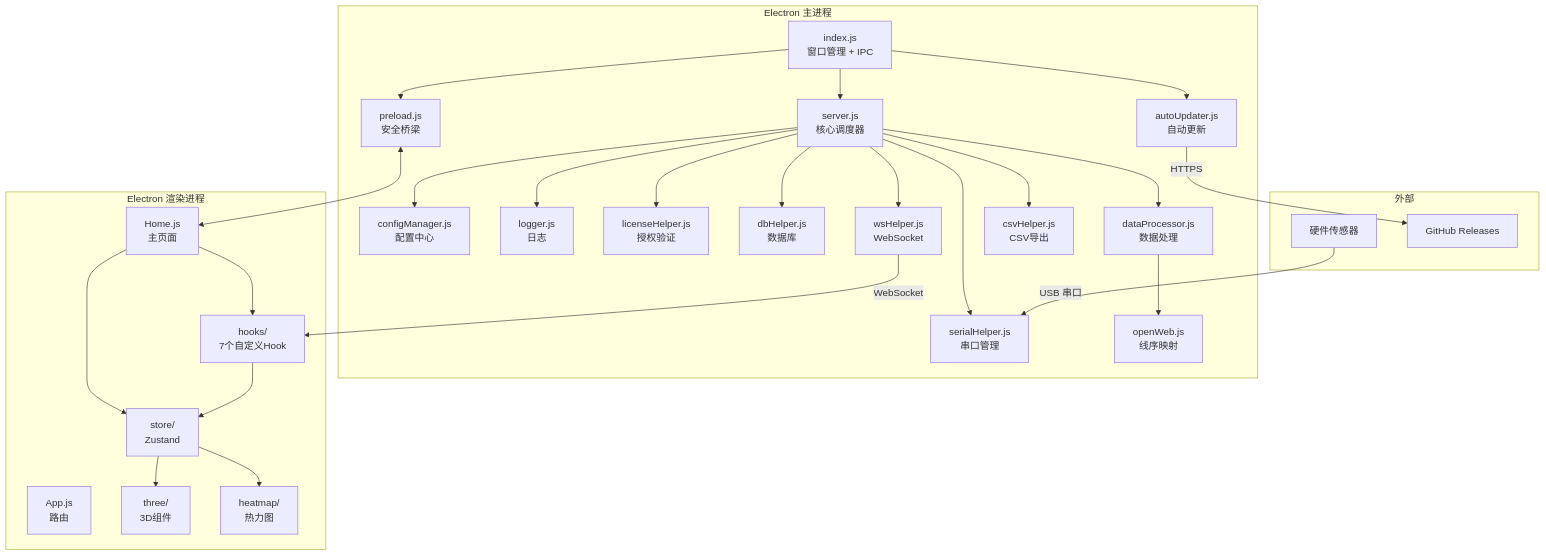
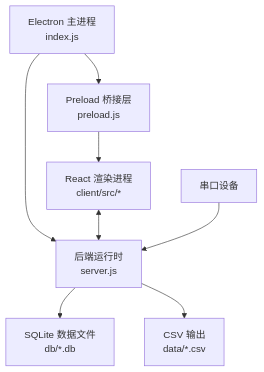
One commit to liudada118/shroom1.0 changed the diagram in ARCHITECTURE.md. Above: the diagram before and after it, drawn with Mermaid. The commit also changed other lines of this file and 75 other files, not shown here.

````diff
--- a/ARCHITECTURE.md
+++ b/ARCHITECTURE.md
@@ -148,56 +39,18 @@
 ```mermaid
 graph TD
-    subgraph "Electron 主进程"
-        INDEX["index.js<br/>窗口管理 + IPC"]
-        PRELOAD["preload.js<br/>安全桥梁"]
-        SERVER["server.js<br/>核心调度器"]
-        CONFIG["configManager.js<br/>配置中心"]
-        LOGGER["logger.js<br/>日志"]
-        LICENSE["licenseHelper.js<br/>授权验证"]
-        SERIAL["serialHelper.js<br/>串口管理"]
-        DB["dbHelper.js<br/>数据库"]
-        WS["wsHelper.js<br/>WebSocket"]
-        DATA["dataProcessor.js<br/>数据处理"]
-        CSV["csvHelper.js<br/>CSV导出"]
-        UPDATE["autoUpdater.js<br/>自动更新"]
-        OPENWEB["openWeb.js<br/>线序映射"]
-    end
+    MAIN["Electron 主进程<br/>index.js"]
+    PRELOAD["Preload 桥接层<br/>preload.js"]
+    RENDERER["React 渲染进程<br/>client/src/*"]
+    SERVER["后端运行时<br/>server.js"]
+    SERIAL["串口设备"]
+    DB["SQLite 数据文件<br/>db/*.db"]
+    CSV["CSV 输出<br/>data/*.csv"]
 
-    subgraph "Electron 渲染进程"
-        APP["App.js<br/>路由"]
-        HOME["Home.js<br/>主页面"]
-        HOOKS["hooks/<br/>7个自定义Hook"]
-        STORE["store/<br/>Zustand"]
-        THREE["three/<br/>3D组件"]
-        HEAT["heatmap/<br/>热力图"]
-    end
-
-    subgraph "外部"
-        HW["硬件传感器"]
-        GH["GitHub Releases"]
-    end
-
-    INDEX --> SERVER
-    INDEX --> PRELOAD
-    INDEX --> UPDATE
-    SERVER --> CONFIG
-    SERVER --> LOGGER
-    SERVER --> LICENSE
-    SERVER --> SERIAL
+    MAIN --> SERVER
+    MAIN --> PRELOAD
+    PRELOAD --> RENDERER
+    RENDERER <--> SERVER
+    SERIAL --> SERVER
     SERVER --> DB
-    SERVER --> WS
-    SERVER --> DATA
     SERVER --> CSV
-    DATA --> OPENWEB
-
-    PRELOAD <--> HOME
-    HOME --> HOOKS
-    HOME --> STORE
-    HOOKS --> STORE
-    STORE --> THREE
-    STORE --> HEAT
-
-    HW -- "USB 串口" --> SERIAL
-    UPDATE -- "HTTPS" --> GH
-    WS -- "WebSocket" --> HOOKS
 ```
````
